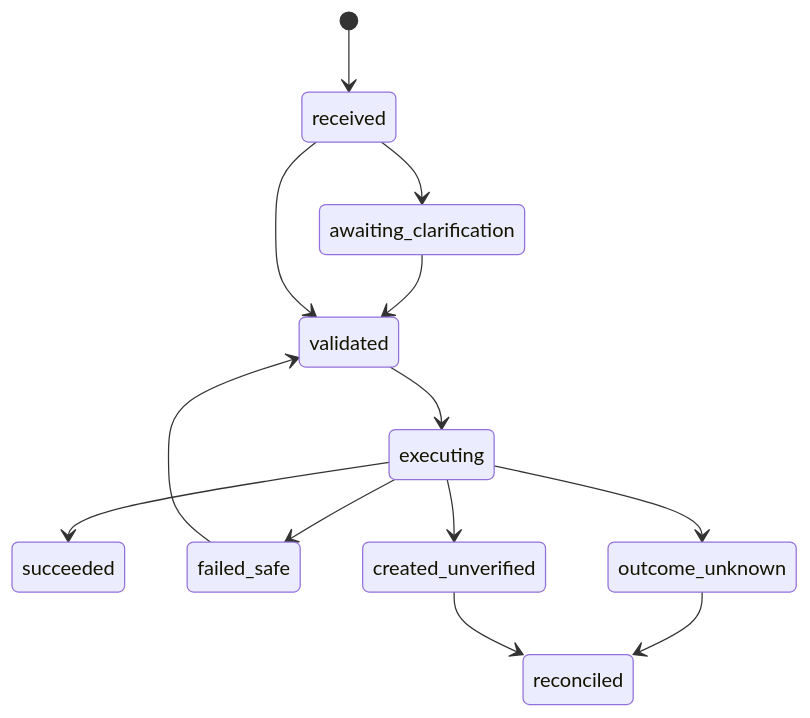
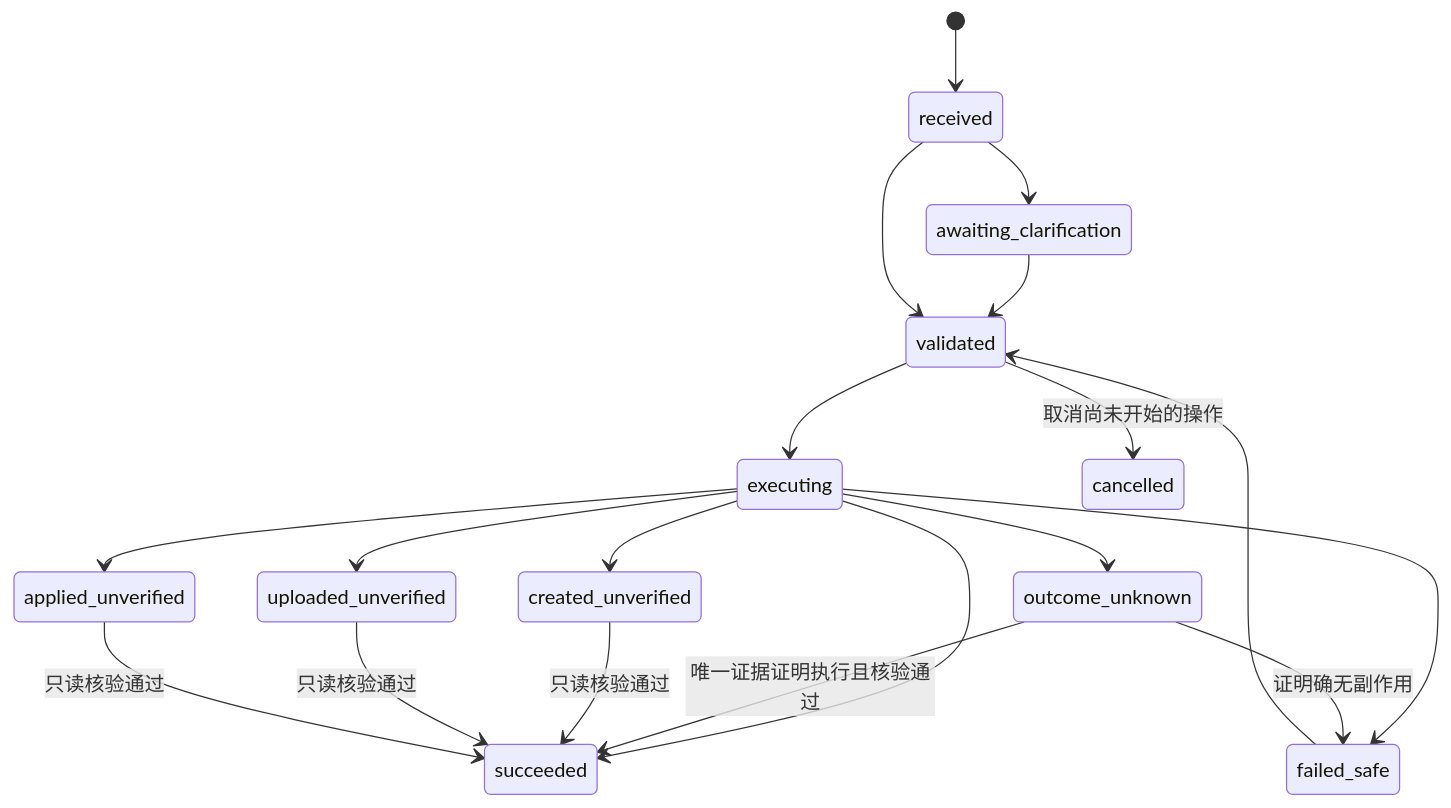
The second of 3 diagrams in WeChat-ClawBot-Dida-PRD-v1.md (xvkong233/NotiDo), drawn with Mermaid before and after one commit. The commit also changed other lines of this file and 6 other files, not shown here.

````diff
--- a/WeChat-ClawBot-Dida-PRD-v1.md
+++ b/WeChat-ClawBot-Dida-PRD-v1.md
@@ -437,15 +440,21 @@
 ```mermaid
 stateDiagram-v2
     [*] --> received
     received --> awaiting_clarification
     awaiting_clarification --> validated
     received --> validated
     validated --> executing
     executing --> succeeded
     executing --> failed_safe
     executing --> outcome_unknown
     executing --> created_unverified
-    outcome_unknown --> reconciled
-    created_unverified --> reconciled
+    executing --> uploaded_unverified
+    executing --> applied_unverified
+    outcome_unknown --> succeeded: 唯一证据证明执行且核验通过
+    outcome_unknown --> failed_safe: 证明确无副作用
+    created_unverified --> succeeded: 只读核验通过
+    uploaded_unverified --> succeeded: 只读核验通过
+    applied_unverified --> succeeded: 只读核验通过
+    validated --> cancelled: 取消尚未开始的操作
     failed_safe --> validated
 ```
````
